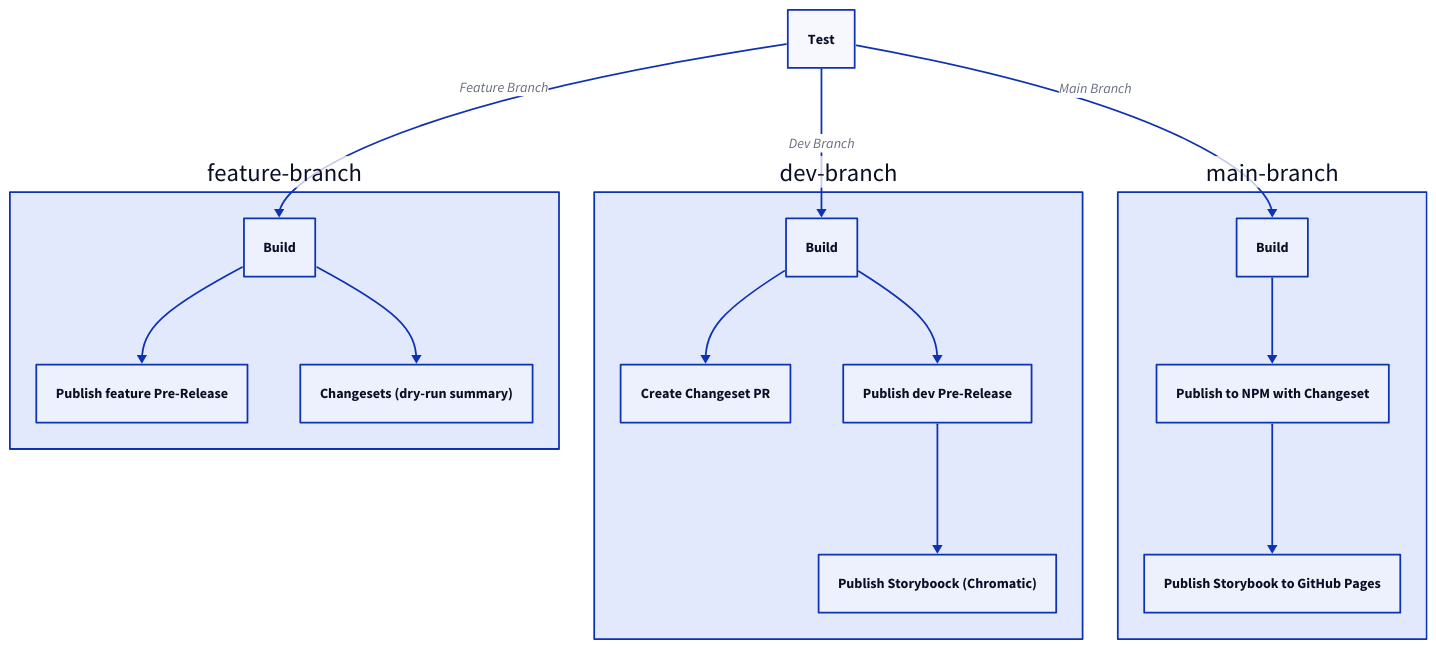
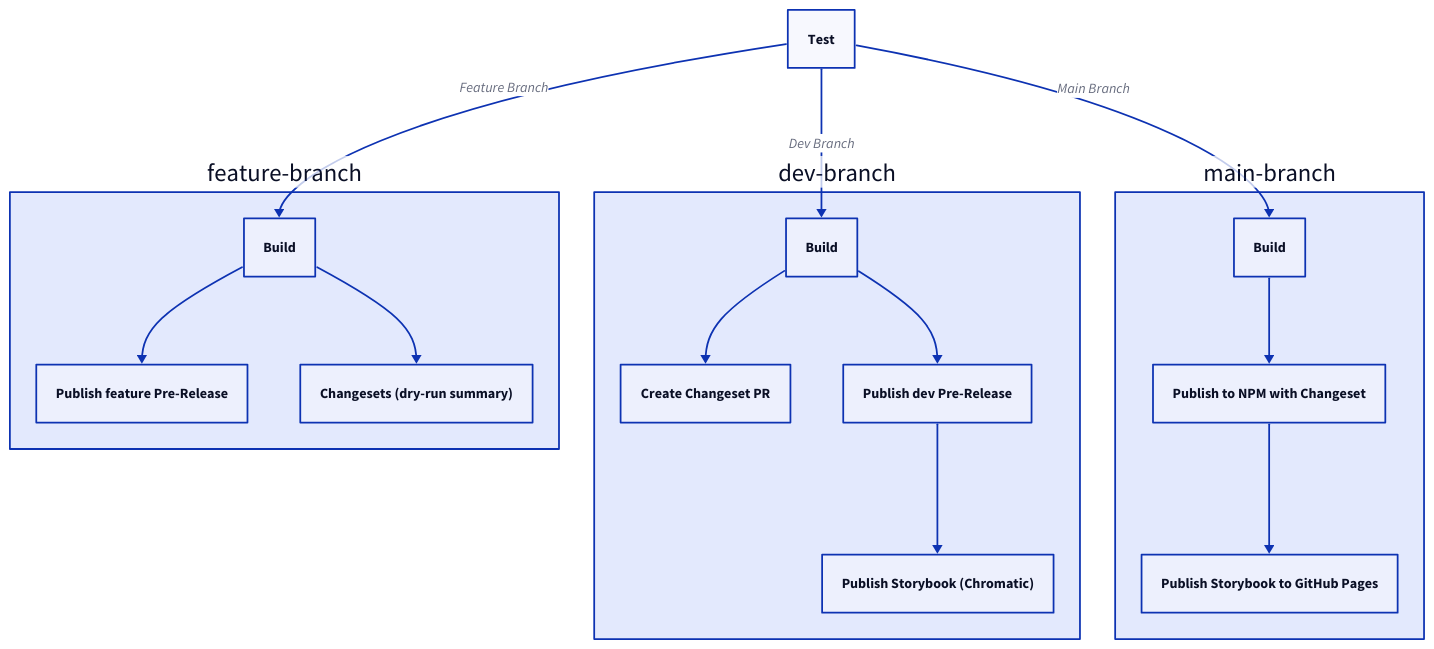
Before and after one commit to dukeofgaming/ab-ui: the diagram in docs/feature/3-npm-package-release/pipeline.d2, drawn with D2.

```diff
--- a/docs/feature/3-npm-package-release/pipeline.d2
+++ b/docs/feature/3-npm-package-release/pipeline.d2
@@ -1,30 +1,30 @@
 
 
 
 feature-branch: {
     Build -> Publish feature Pre-Release
     Build -> Changesets (dry-run summary)
 }
 
 Test -> feature-branch.Build: Feature Branch
 
 
 dev-branch:{
-    publish-storybook-chromatic: "Publish Storyboock (Chromatic)"
+    publish-storybook-chromatic: "Publish Storybook (Chromatic)"
     
     Build -> Create Changeset PR
     Build -> Publish dev Pre-Release -> publish-storybook-chromatic
 
 
 }
 
 Test -> dev-branch.Build: Dev Branch
 
 main-branch: {
     publish-storybook-github-pages: "Publish Storybook to GitHub Pages"
 
     Build -> Publish to NPM with Changeset -> publish-storybook-github-pages
     
 }
 
 Test -> main-branch.Build: Main Branch
```
